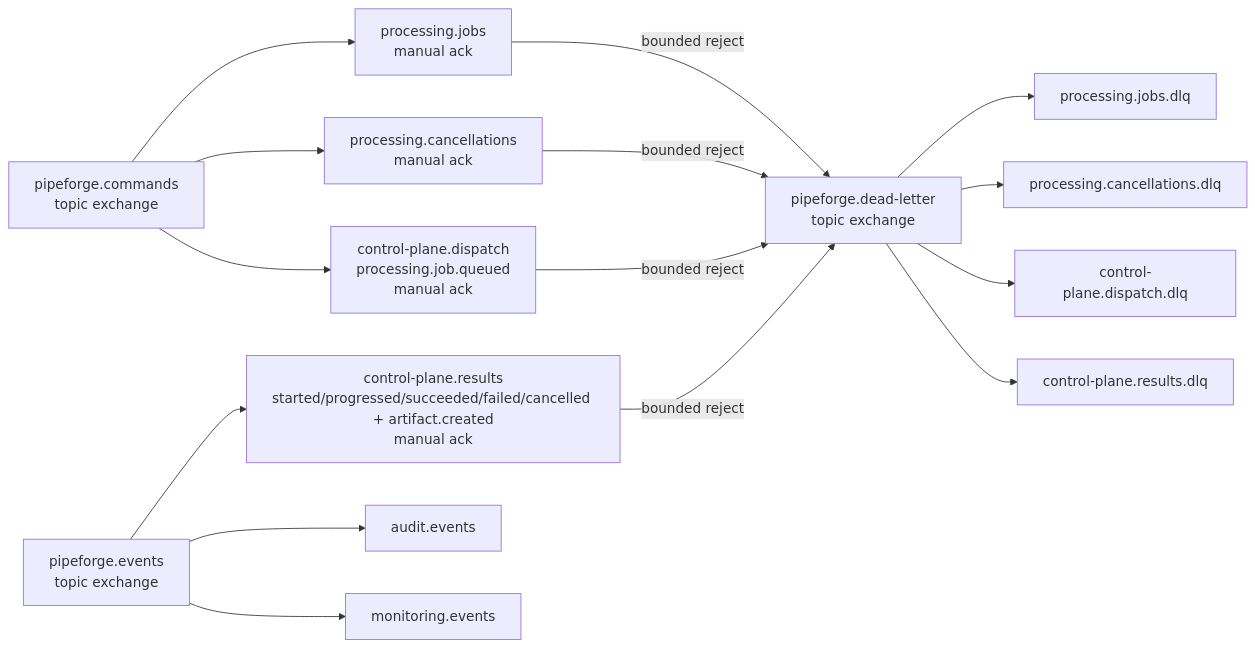
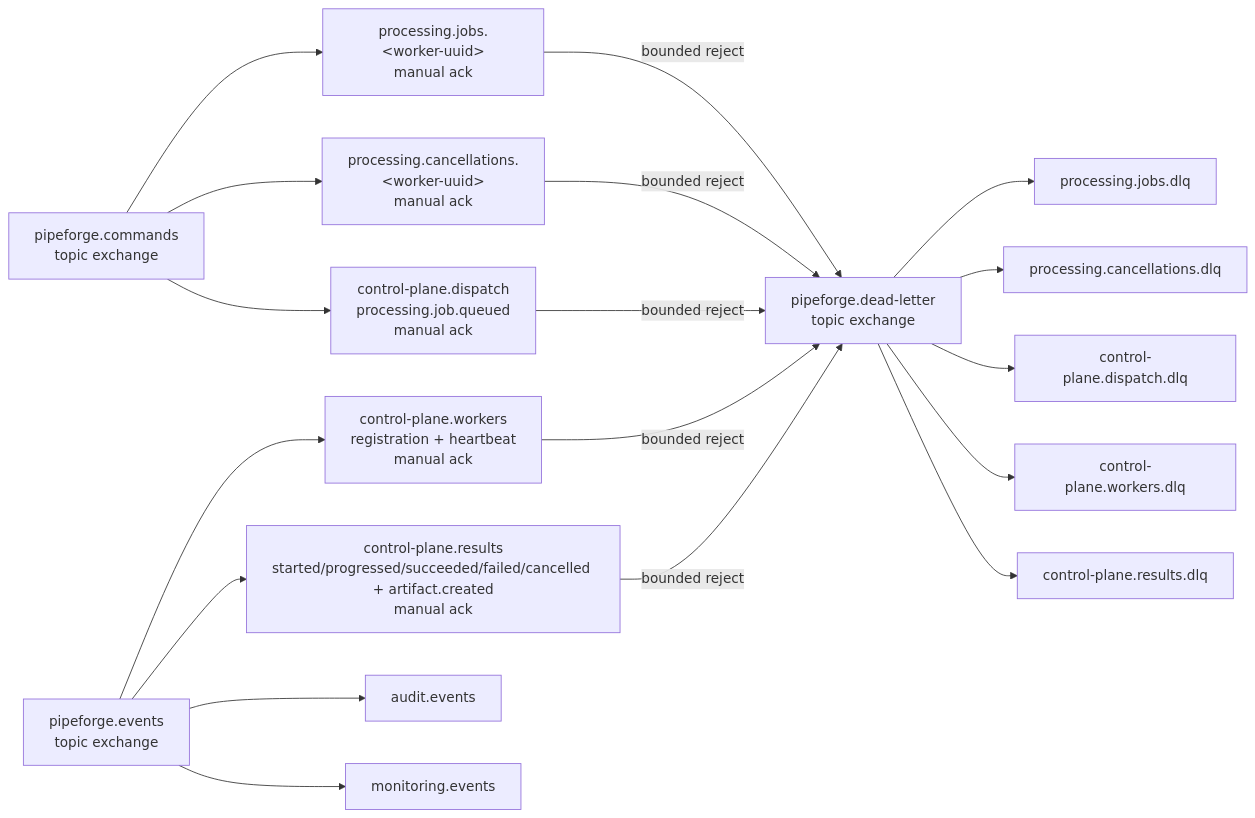
One commit to JasonTM17/PipeForge changed the diagram in docs/messaging/queue-topology.md. Above: the diagram before and after it, drawn with Mermaid. The commit also changed other lines of this file and 16 other files, not shown here.

````diff
--- a/docs/messaging/queue-topology.md
+++ b/docs/messaging/queue-topology.md
@@ -5,17 +5,20 @@
 ```mermaid
 flowchart LR
-    Commands["pipeforge.commands\ntopic exchange"] --> Jobs["processing.jobs\nmanual ack"]
-    Commands --> Cancels["processing.cancellations\nmanual ack"]
+    Commands["pipeforge.commands\ntopic exchange"] --> Jobs["processing.jobs.&lt;worker-uuid&gt;\nmanual ack"]
+    Commands --> Cancels["processing.cancellations.&lt;worker-uuid&gt;\nmanual ack"]
     Commands --> Dispatch["control-plane.dispatch\nprocessing.job.queued\nmanual ack"]
-    Events["pipeforge.events\ntopic exchange"] --> Results["control-plane.results\nstarted/progressed/succeeded/failed/cancelled + artifact.created\nmanual ack"]
+    Events["pipeforge.events\ntopic exchange"] --> Workers["control-plane.workers\nregistration + heartbeat\nmanual ack"]
+    Events --> Results["control-plane.results\nstarted/progressed/succeeded/failed/cancelled + artifact.created\nmanual ack"]
     Events --> Audit["audit.events"]
     Events --> Monitoring["monitoring.events"]
     Jobs -->|bounded reject| DLQ["pipeforge.dead-letter\ntopic exchange"]
     Cancels -->|bounded reject| DLQ
     Dispatch -->|bounded reject| DLQ
+    Workers -->|bounded reject| DLQ
     Results -->|bounded reject| DLQ
     DLQ --> JobsDLQ["processing.jobs.dlq"]
     DLQ --> CancelsDLQ["processing.cancellations.dlq"]
     DLQ --> DispatchDLQ["control-plane.dispatch.dlq"]
+    DLQ --> WorkersDLQ["control-plane.workers.dlq"]
     DLQ --> ResultsDLQ["control-plane.results.dlq"]
 ```
````
